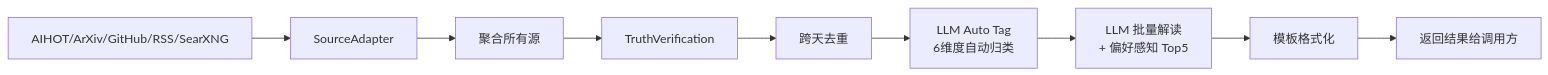
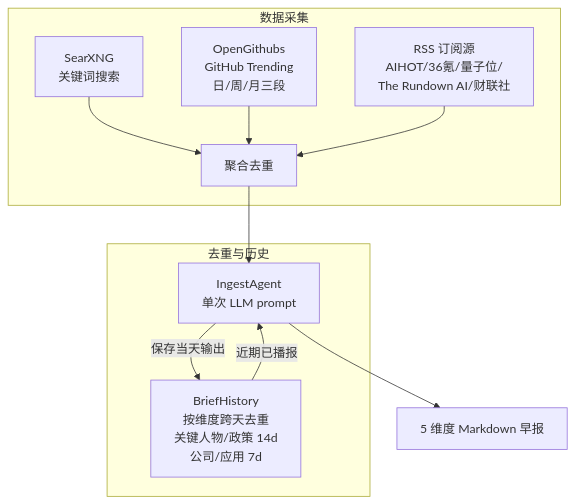
Before and after one commit to xinovate/linglong-knowledge: the diagram in docs/ingest/README.md, drawn with Mermaid. The commit also changed other lines of this file and 4 other files, not shown here.

First line of the commit message:
docs: v2.0/v2.1 文档全面更新 — 架构图 + 设计总览 + roadmap + PROJECT_OVERVIEW

````diff
--- a/docs/ingest/README.md
+++ b/docs/ingest/README.md
@@ -39,11 +40,16 @@
 ```mermaid
-graph LR
-    A[AIHOT/ArXiv/GitHub/RSS/SearXNG] --> B[SourceAdapter]
-    B --> C[聚合所有源]
-    C --> D[TruthVerification]
-    D --> E[跨天去重]
-    E --> F[LLM Auto Tag<br/>6维度自动归类]
-    F --> G[LLM 批量解读<br/>+ 偏好感知 Top5]
-    G --> H[模板格式化]
-    H --> I[返回结果给调用方]
+graph TD
+    subgraph 数据采集
+        A1[SearXNG<br/>关键词搜索] --> D[聚合去重]
+        A2[OpenGithubs<br/>GitHub Trending<br/>日/周/月三段] --> D
+        A3[RSS 订阅源<br/>AIHOT/36氪/量子位/<br/>The Rundown AI/财联社] --> D
+    end
+
+    D --> E[IngestAgent<br/>单次 LLM prompt]
+    E --> F[5 维度 Markdown 早报]
+
+    subgraph 去重与历史
+        G[BriefHistory<br/>按维度跨天去重<br/>关键人物/政策 14d<br/>公司/应用 7d] -->|近期已播报| E
+        E -->|保存当天输出| G
+    end
 ```
````
